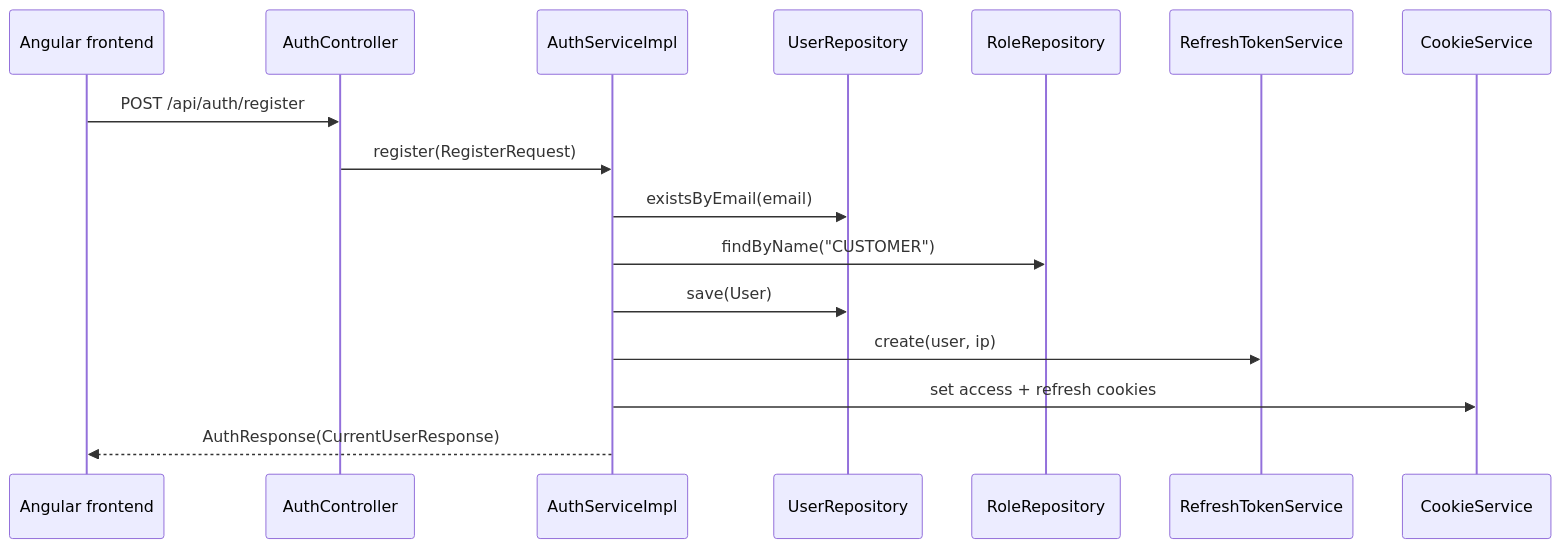
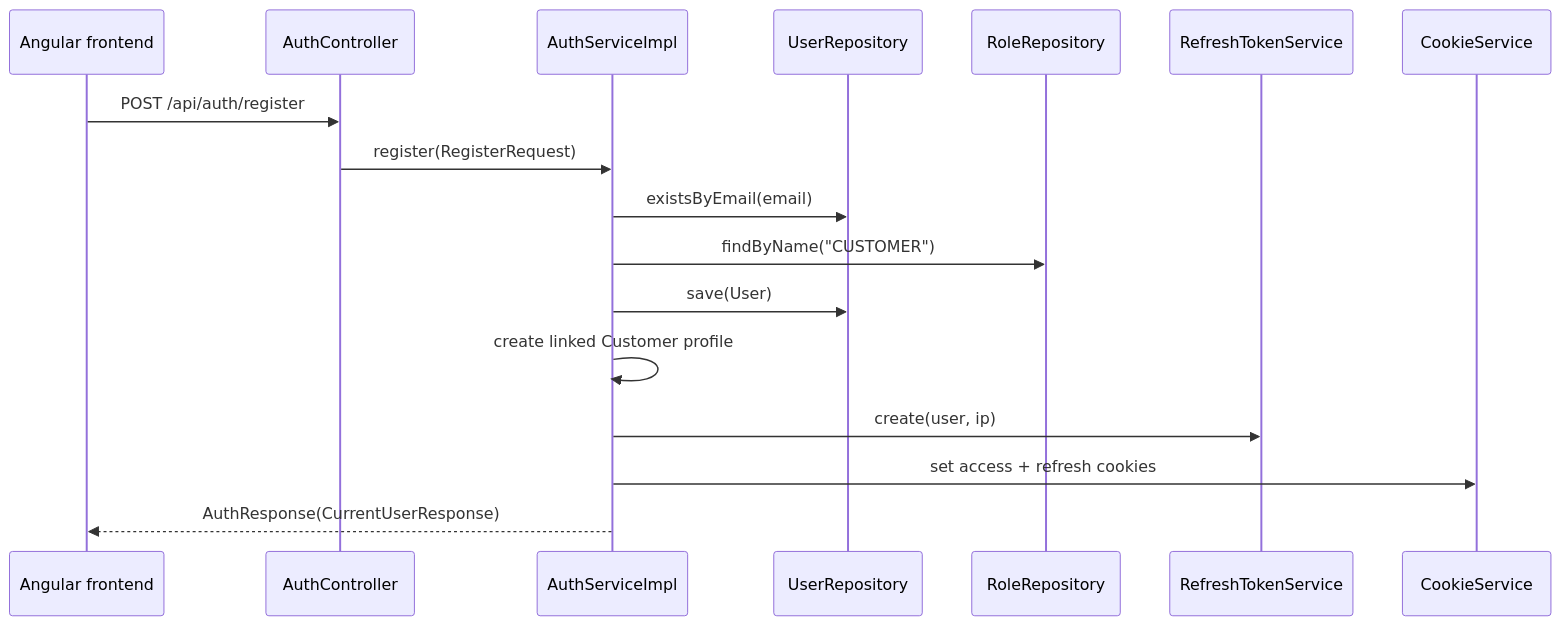
The first of 3 diagrams in docs/04-how-the-application-works.md (dcirko/ServicePilot), drawn with Mermaid before and after one commit. The commit also changed other lines of this file and 17 other files, not shown here.

First line of the commit message:
feat: enhance authentication and authorization flow

````diff
--- a/docs/04-how-the-application-works.md
+++ b/docs/04-how-the-application-works.md
@@ -27,19 +30,20 @@
 ```mermaid
 sequenceDiagram
     participant UI as Angular frontend
     participant Auth as AuthController
     participant Service as AuthServiceImpl
     participant UserRepo as UserRepository
     participant RoleRepo as RoleRepository
     participant Token as RefreshTokenService
     participant Cookie as CookieService
 
     UI->>Auth: POST /api/auth/register
     Auth->>Service: register(RegisterRequest)
     Service->>UserRepo: existsByEmail(email)
     Service->>RoleRepo: findByName("CUSTOMER")
     Service->>UserRepo: save(User)
+    Service->>Service: create linked Customer profile
     Service->>Token: create(user, ip)
     Service->>Cookie: set access + refresh cookies
     Service-->>UI: AuthResponse(CurrentUserResponse)
 ```
````
